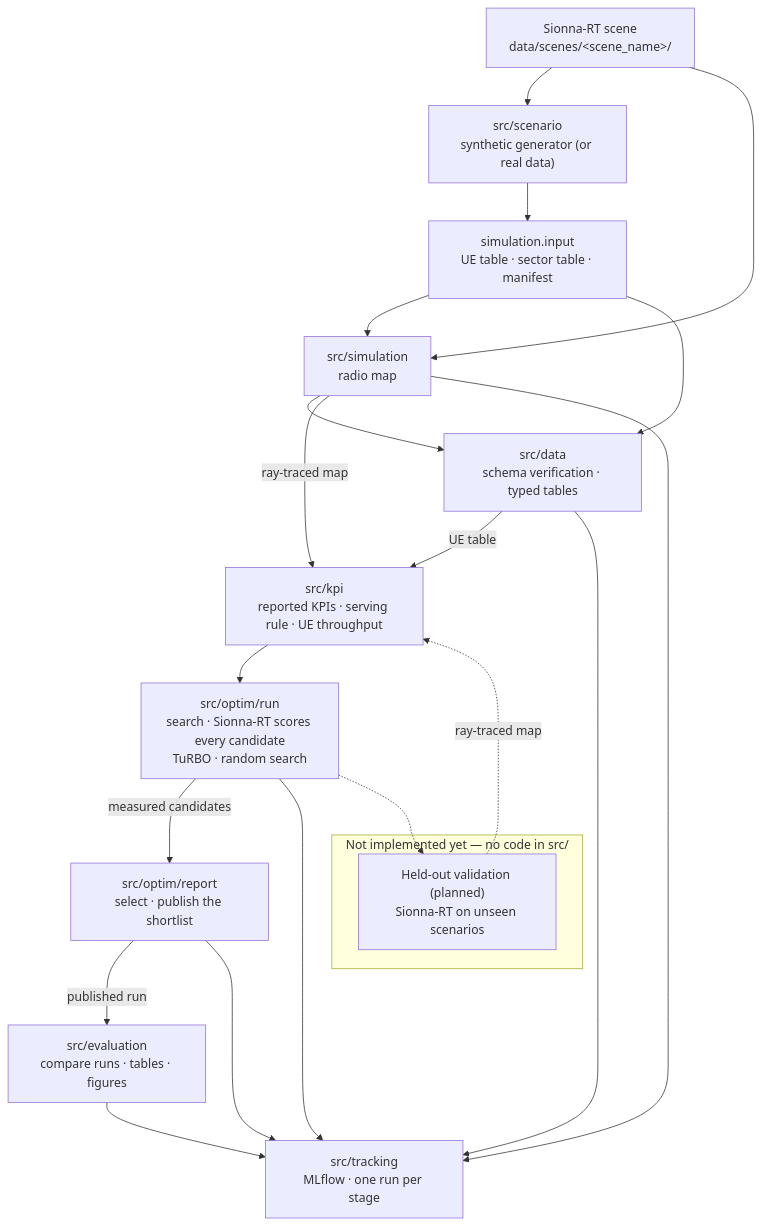
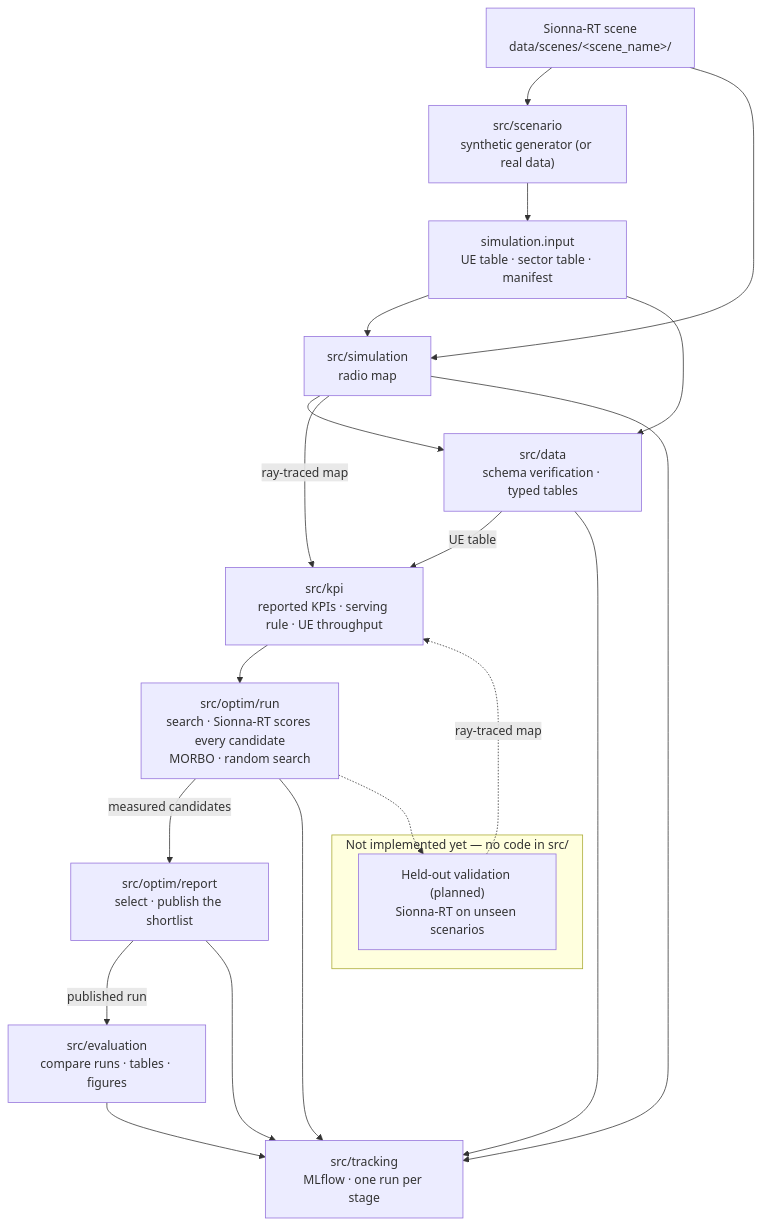
The diagram in README.md (NguyenVu04/band-tilt), drawn with Mermaid before and after one commit. The commit also changed other lines of this file and 52 other files, not shown here.

````diff
--- a/README.md
+++ b/README.md
@@ -113,33 +113,33 @@
 ```mermaid
 flowchart TB
     scene["Sionna-RT scene<br/>data/scenes/&lt;scene_name&gt;/"]
     gen["src/scenario<br/>synthetic generator (or real data)"]
     inputs["simulation.input<br/>UE table · sector table · manifest"]
 
     sim["src/simulation<br/>radio map"]
     prep["src/data<br/>schema verification · typed tables"]
     kpi["src/kpi<br/>reported KPIs · serving rule · UE throughput"]
-    opt["src/optim/run<br/>search · Sionna-RT scores every candidate<br/>TuRBO · random search"]
+    opt["src/optim/run<br/>search · Sionna-RT scores every candidate<br/>MORBO · random search"]
     ver["src/optim/report<br/>select · publish the shortlist"]
     rep["src/evaluation<br/>compare runs · tables · figures"]
     mlf["src/tracking<br/>MLflow · one run per stage"]
 
     subgraph future["Not implemented yet — no code in src/"]
         val["Held-out validation (planned)<br/>Sionna-RT on unseen scenarios"]
     end
 
     scene --> gen
     gen --> inputs
     scene --> sim
     inputs --> sim
     inputs --> prep
     sim --> prep
     sim -->|ray-traced map| kpi
     prep -->|UE table| kpi
     kpi --> opt
     opt -->|measured candidates| ver
     ver -->|published run| rep
     sim & prep & opt & ver & rep --> mlf
     opt -.-> val
     val -.->|ray-traced map| kpi
 ```
````
